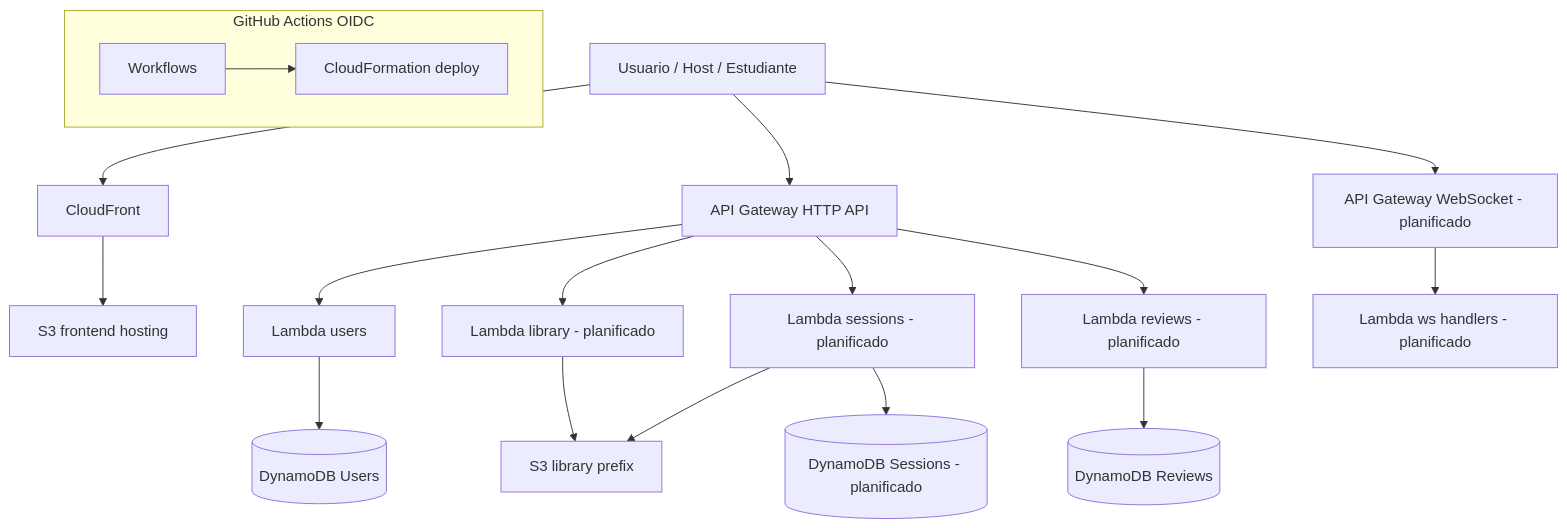
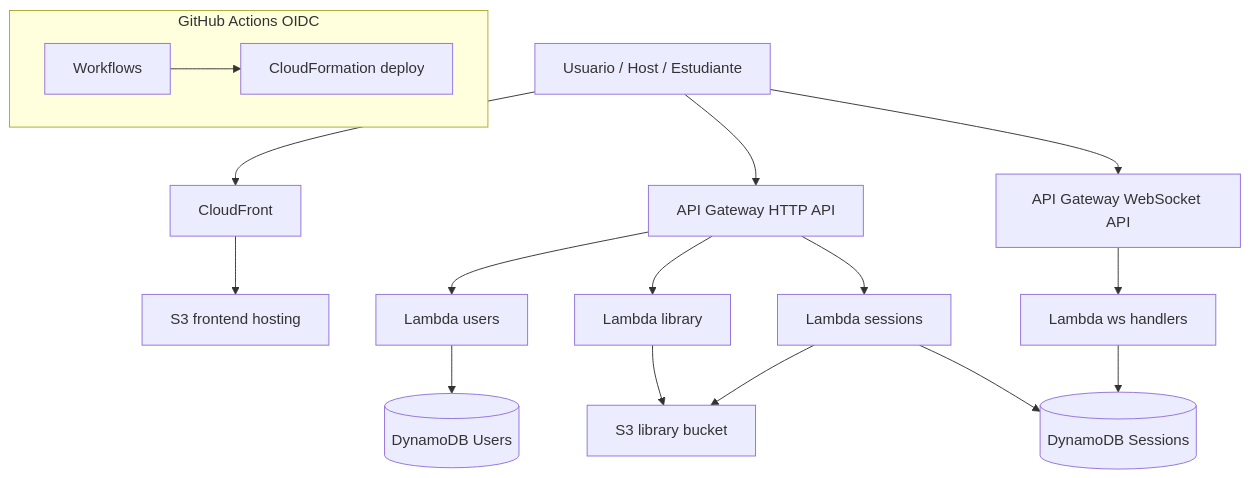
Before and after one commit to JosthinAyonC/chapterquest-serverless-app: the first of 6 diagrams in docs/Architecture.md, drawn with Mermaid. The commit also changed other lines of this file and 24 other files, not shown here.

Commit message:
refactor: restructure architecture documentation, update deployment instructions, and implement library and session features with WebSocket support

````diff
--- a/docs/Architecture.md
+++ b/docs/Architecture.md
@@ -11,21 +11,20 @@
 ```mermaid
 flowchart TD
   user[Usuario / Host / Estudiante]
   user --> cf[CloudFront]
   cf --> s3web[S3 frontend hosting]
   user --> apigw[API Gateway HTTP API]
-  user --> wss[API Gateway WebSocket - planificado]
+  user --> wss[API Gateway WebSocket API]
   apigw --> lusers[Lambda users]
-  apigw --> llibrary[Lambda library - planificado]
-  apigw --> lsessions[Lambda sessions - planificado]
-  apigw --> lreviews[Lambda reviews - planificado]
-  wss --> lws[Lambda ws handlers - planificado]
+  apigw --> llibrary[Lambda library]
+  apigw --> lsessions[Lambda sessions]
+  wss --> lws[Lambda ws handlers]
   lusers --> ddbUsers[(DynamoDB Users)]
-  lsessions --> ddbSessions[(DynamoDB Sessions - planificado)]
-  lreviews --> ddbReviews[(DynamoDB Reviews)]
-  llibrary --> s3library[S3 library prefix]
+  lsessions --> ddbSessions[(DynamoDB Sessions)]
+  llibrary --> s3library[S3 library bucket]
   lsessions --> s3library
+  lws --> ddbSessions
   subgraph cicd [GitHub Actions OIDC]
     gha[Workflows] --> cfn[CloudFormation deploy]
   end
 ```
````
